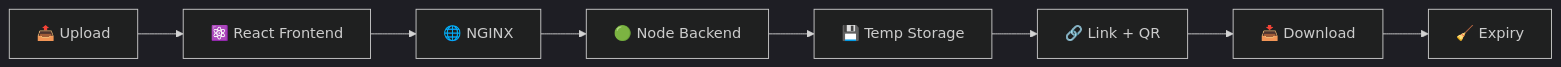
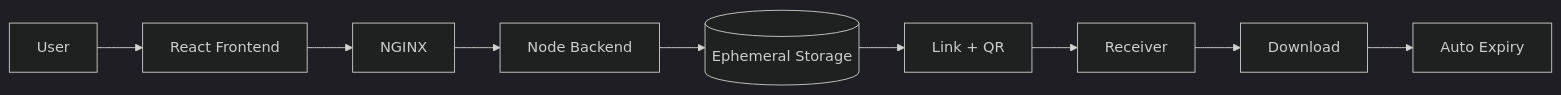
The first of 3 diagrams in README.md (AtulYadavCodes/Bytesend), drawn with Mermaid (dark theme) before and after one commit. The commit also changed other lines of this file, not shown here.

Commit message:
readme updated mermaid diagrams

````diff
--- a/README.md
+++ b/README.md
@@ -45,10 +42,11 @@
 ```mermaid
 flowchart LR
-    A[📤 Upload] --> B[⚛️ React Frontend]
-    B --> C[🌐 NGINX]
-    C --> D[🟢 Node Backend]
-    D --> E[💾 Temp Storage]
-    E --> F[🔗 Link + QR]
-    F --> G[📥 Download]
-    G --> H[🧹 Expiry]
+    U[User] --> FE[React Frontend]
+    FE --> NX[NGINX]
+    NX --> BE[Node Backend]
+    BE --> ST[(Ephemeral Storage)]
+    ST --> QR[Link + QR]
+    QR --> R[Receiver]
+    R --> DL[Download]
+    DL --> EX[Auto Expiry]
 ```
````
